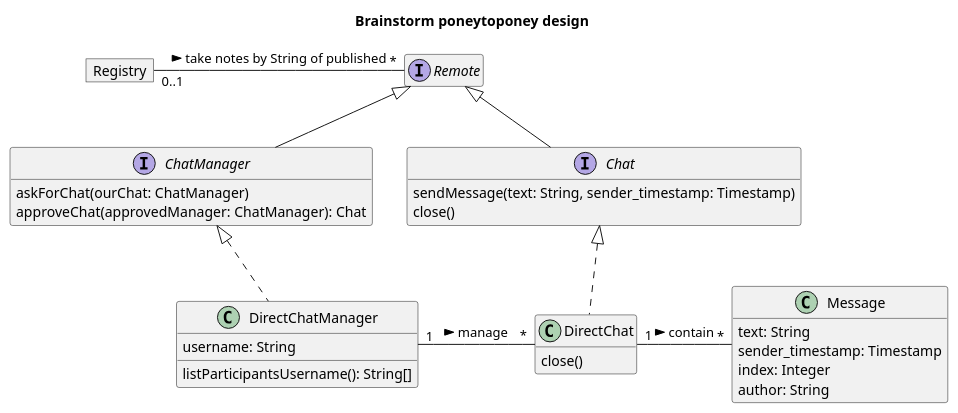
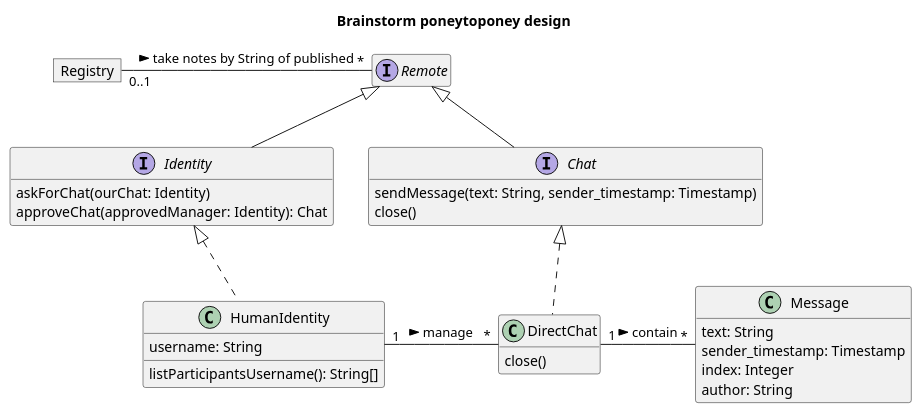
One commit to samuelroland/poneytoponey changed the diagram in docs/brainstorm.puml. Above: the diagram before and after it, drawn with PlantUML. The commit also changed 1 other file, not shown here.

Commit message:
Rename ChatManager to Identity and DirectChatManager to HumanIdentity

```diff
--- a/docs/brainstorm.puml
+++ b/docs/brainstorm.puml
@@ -1,40 +1,40 @@
 @startuml brainstorm
 
 title "Brainstorm poneytoponey design"
 
 hide empty members
 
 interface Chat extends Remote {
     sendMessage(text: String, sender_timestamp: Timestamp)
     close()
 }
 
 class DirectChat implements Chat {
     close()
 }
 
-interface ChatManager extends Remote {
-    askForChat(ourChat: ChatManager)
-    approveChat(approvedManager: ChatManager): Chat
+interface Identity extends Remote {
+    askForChat(ourChat: Identity)
+    approveChat(approvedManager: Identity): Chat
 }
 
-class DirectChatManager implements ChatManager {
+class HumanIdentity implements Identity {
     username: String
     listParticipantsUsername(): String[]
 }
 
-DirectChatManager "1"-"*" DirectChat: manage >
+HumanIdentity "1"-"*" DirectChat: manage >
 DirectChat "1"-"*" Message: contain >
 
 class Message {
     text: String
     sender_timestamp: Timestamp
     index: Integer
     author: String
 }
 
 object Registry
 
 Registry "0..1"-"*" Remote: take notes by String of published >
 
 @enduml
```
